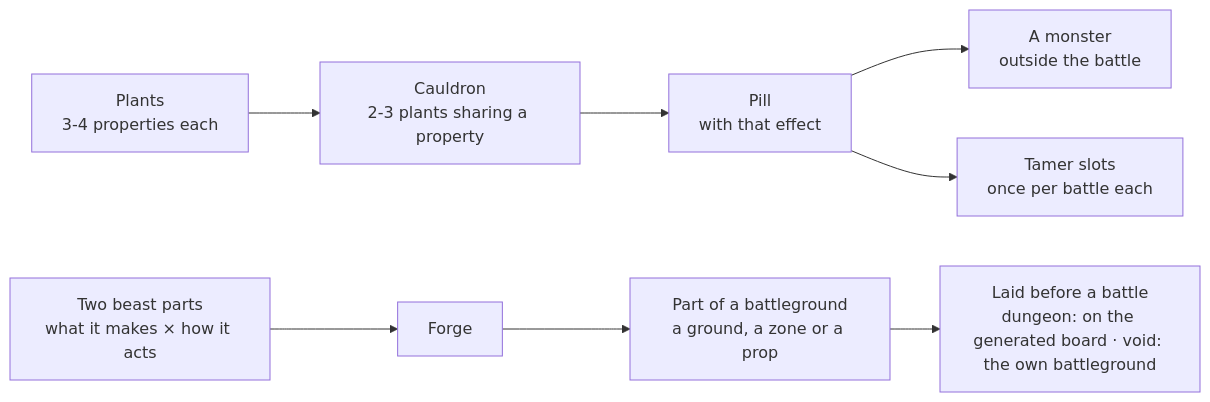
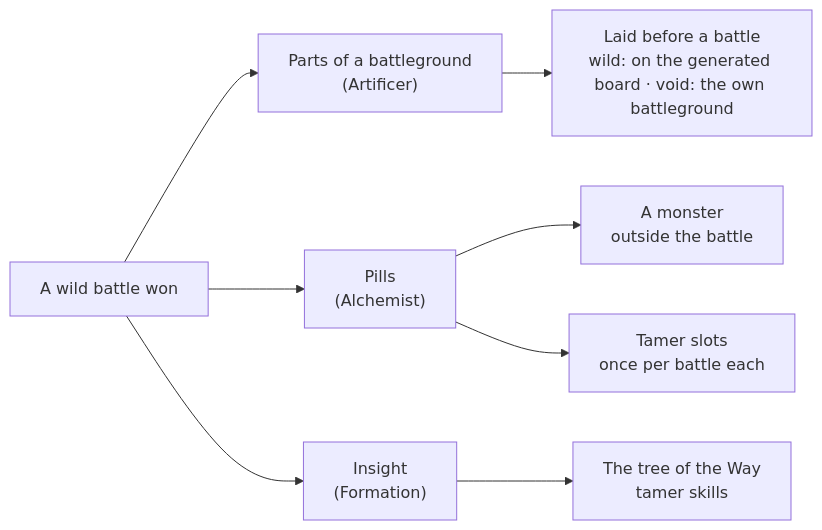
One commit to papierkorp/road_of_the_beasts changed the second of 2 diagrams in docs/vision.md. Above: the diagram before and after it, drawn with Mermaid. The commit also changed other lines of this file and 8 other files, not shown here.

````diff
--- a/docs/vision.md
+++ b/docs/vision.md
@@ -125,8 +122,10 @@
 ```mermaid
 flowchart LR
-    Plants["Plants<br/>3-4 properties each"] --> Cauldron["Cauldron<br/>2-3 plants sharing a property"] --> Pill["Pill<br/>with that effect"]
-    Pill --> Monster["A monster<br/>outside the battle"]
-    Pill --> Slots["Tamer slots<br/>once per battle each"]
-    Parts["Two beast parts<br/>what it makes × how it acts"] --> Forge["Forge"] --> Part["Part of a battleground<br/>a ground, a zone or a prop"]
-    Part --> Board["Laid before a battle<br/>dungeon: on the generated board · void: the own battleground"]
+    Wild["A wild battle won"] --> Parts["Parts of a battleground<br/>(Artificer)"]
+    Wild --> Pills["Pills<br/>(Alchemist)"]
+    Wild --> Insight["Insight<br/>(Formation)"]
+    Parts --> Board["Laid before a battle<br/>wild: on the generated board · void: the own battleground"]
+    Pills --> Monster["A monster<br/>outside the battle"]
+    Pills --> Slots["Tamer slots<br/>once per battle each"]
+    Insight --> Tree["The tree of the Way<br/>tamer skills"]
 ```
````
